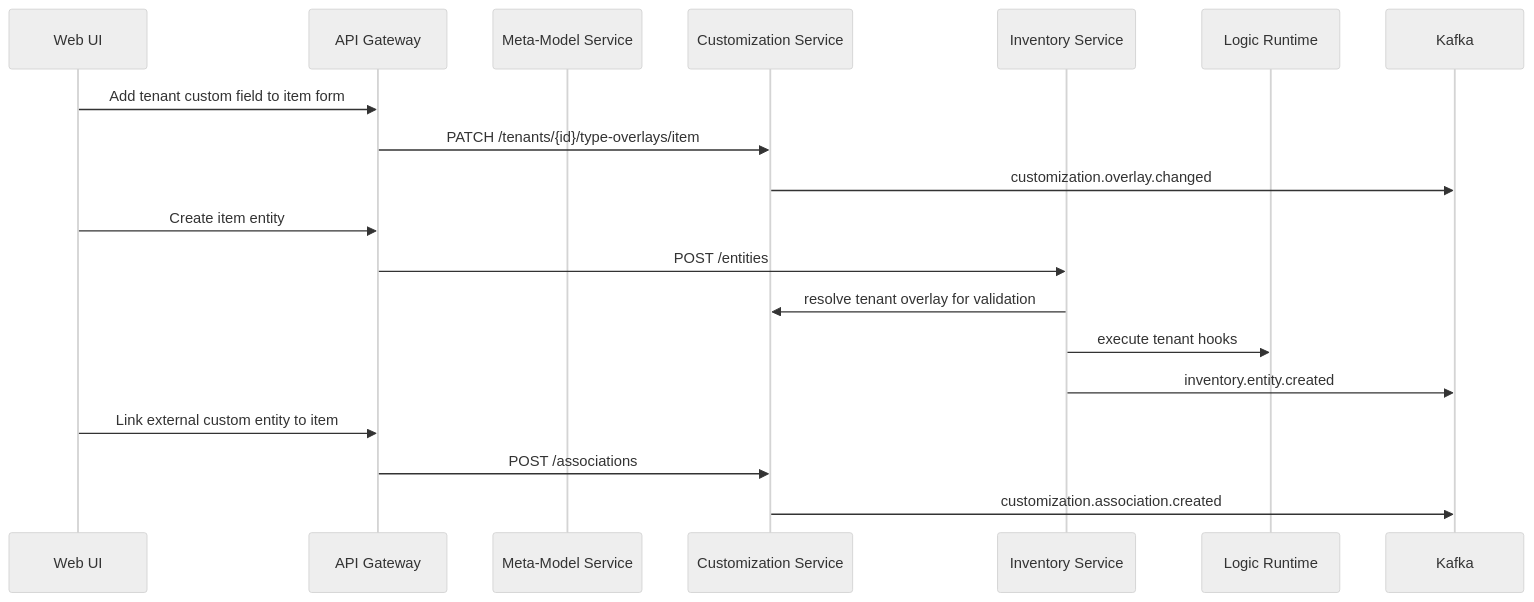
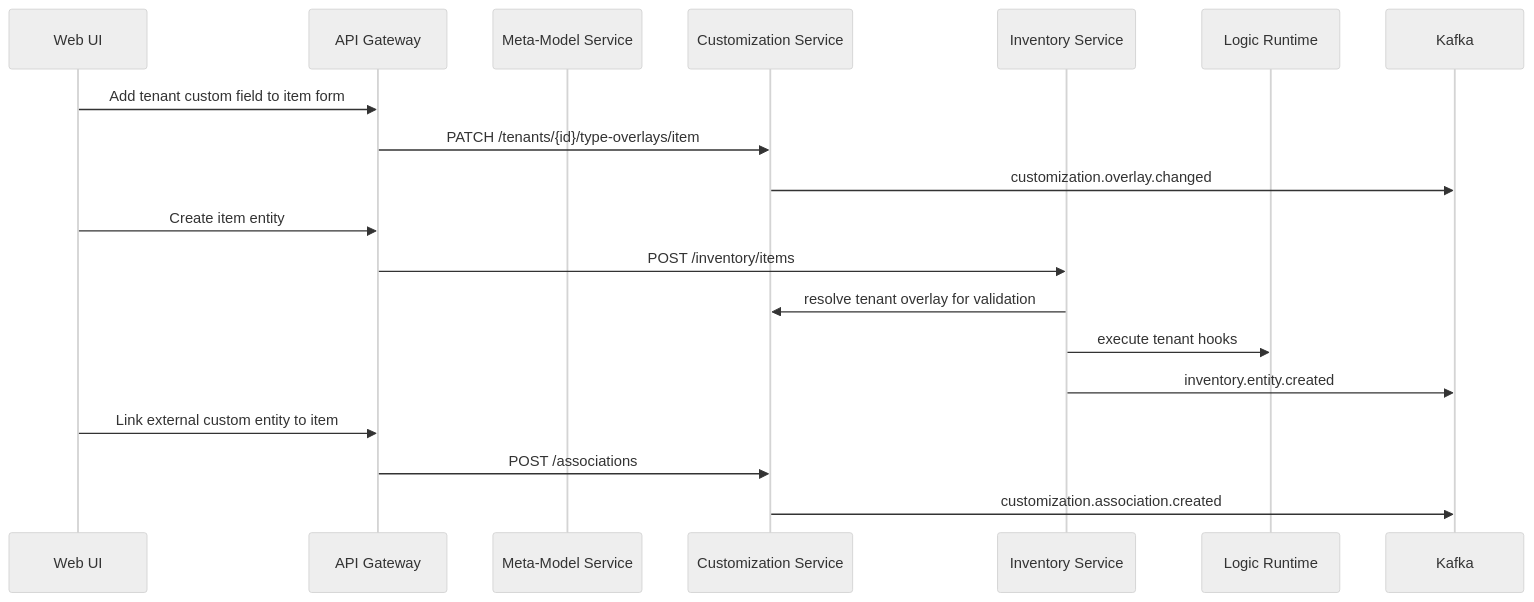
The diagram in docs/plan/work-breakdown.md (YuriyGorvitovskiy/inventory), drawn with Mermaid (neutral theme) before and after one commit. The commit also changed other lines of this file and 29 other files, not shown here.

First line of the commit message:
Define interpretive model format and refactor inventory-core architecture

````diff
--- a/docs/plan/work-breakdown.md
+++ b/docs/plan/work-breakdown.md
@@ -142,24 +142,24 @@
 ```mermaid
 sequenceDiagram
     participant UI as Web UI
     participant GW as API Gateway
     participant META as Meta-Model Service
     participant CUST as Customization Service
     participant INV as Inventory Service
     participant LOGIC as Logic Runtime
     participant K as Kafka
 
     UI->>GW: Add tenant custom field to item form
     GW->>CUST: PATCH /tenants/{id}/type-overlays/item
     CUST->>K: customization.overlay.changed
 
     UI->>GW: Create item entity
-    GW->>INV: POST /entities
+    GW->>INV: POST /inventory/items
     INV->>CUST: resolve tenant overlay for validation
     INV->>LOGIC: execute tenant hooks
     INV->>K: inventory.entity.created
 
     UI->>GW: Link external custom entity to item
     GW->>CUST: POST /associations
     CUST->>K: customization.association.created
 ```
````
